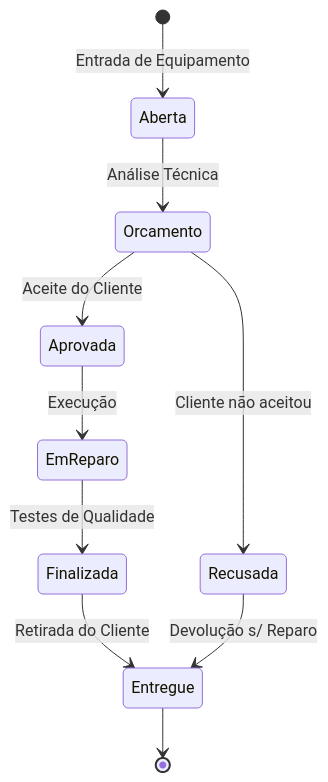
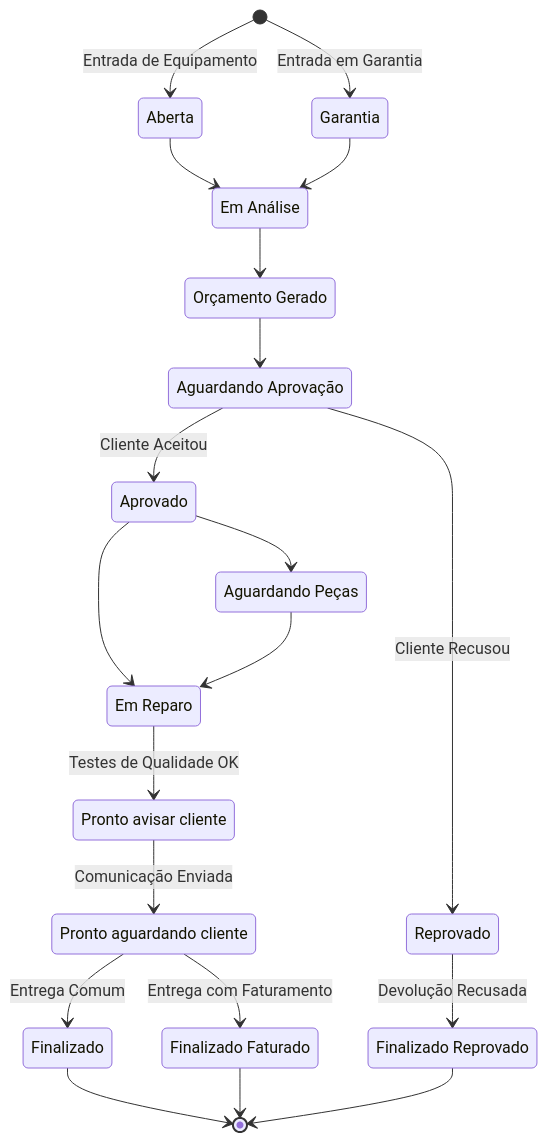
The third of 4 diagrams in docs/DIAGRAMS.md (erascardsilva/ElectrocodeOS), drawn with Mermaid before and after one commit.

Commit message:
ajuste do diagrama

````diff
--- a/docs/DIAGRAMS.md
+++ b/docs/DIAGRAMS.md
@@ -56,12 +56,41 @@
 ```mermaid
 stateDiagram-v2
     [*] --> Aberta : Entrada de Equipamento
-    Aberta --> Orcamento : Análise Técnica
-    Orcamento --> Aprovada : Aceite do Cliente
-    Orcamento --> Recusada : Cliente não aceitou
-    Aprovada --> EmReparo : Execução
-    EmReparo --> Finalizada : Testes de Qualidade
-    Finalizada --> Entregue : Retirada do Cliente
-    Recusada --> Entregue : Devolução s/ Reparo
-    Entregue --> [*]
+    [*] --> Garantia : Entrada em Garantia
+    
+    Aberta --> EmAnalise
+    Garantia --> EmAnalise
+    
+    EmAnalise --> OrcamentoGerado
+    OrcamentoGerado --> AguardandoAprovacao
+    
+    AguardandoAprovacao --> Aprovado : Cliente Aceitou
+    AguardandoAprovacao --> Reprovado : Cliente Recusou
+    
+    Aprovado --> AguardandoPecas
+    Aprovado --> EmReparo
+    
+    AguardandoPecas --> EmReparo
+    
+    EmReparo --> ProntoAvisar : Testes de Qualidade OK
+    ProntoAvisar --> ProntoAguardando : Comunicação Enviada
+    
+    ProntoAguardando --> Finalizado : Entrega Comum
+    ProntoAguardando --> FinalizadoFaturado : Entrega com Faturamento
+    
+    Reprovado --> FinalizadoReprovado : Devolução Recusada
+    
+    Finalizado --> [*]
+    FinalizadoFaturado --> [*]
+    FinalizadoReprovado --> [*]
+
+    state "Em Análise" as EmAnalise
+    state "Orçamento Gerado" as OrcamentoGerado
+    state "Aguardando Aprovação" as AguardandoAprovacao
+    state "Aguardando Peças" as AguardandoPecas
+    state "Em Reparo" as EmReparo
+    state "Pronto avisar cliente" as ProntoAvisar
+    state "Pronto aguardando cliente" as ProntoAguardando
+    state "Finalizado Faturado" as FinalizadoFaturado
+    state "Finalizado Reprovado" as FinalizadoReprovado
 ```
````
